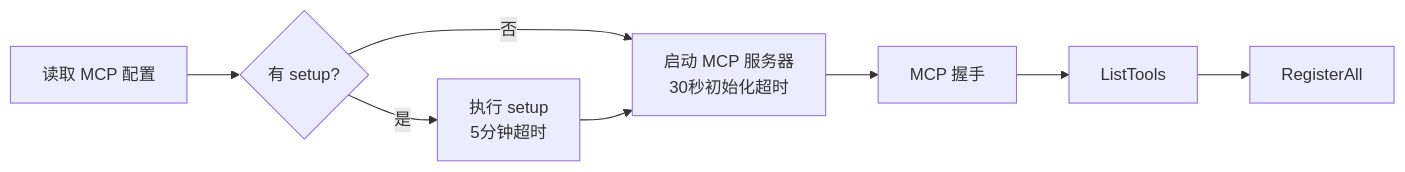
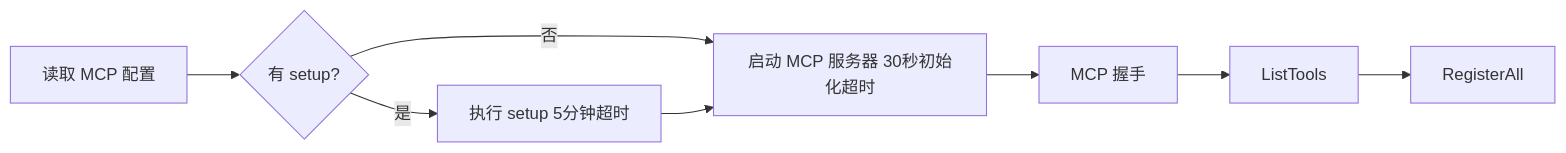
Before and after one commit to awesome-flexloop/awesome-okf: the seventh of 9 diagrams in doc/bundles/jishu/ai/products/open-code-review/concepts/03-tools-mcp.md, drawn with Mermaid. The commit also changed other lines of this file and 10 other files, not shown here.

First line of the commit message:
docs(bundle): 清偿 Open Code Review 存量 Mermaid 违规避免规范漂移累积

````diff
--- a/doc/bundles/jishu/ai/products/open-code-review/concepts/03-tools-mcp.md
+++ b/doc/bundles/jishu/ai/products/open-code-review/concepts/03-tools-mcp.md
@@ -806,10 +796,10 @@
 ```mermaid
 flowchart LR
     Config["读取 MCP 配置"] --> Check1{"有 setup?"}
-    Check1 -->|"是"| Setup["执行 setup<br/>5分钟超时"]
+    Check1 -->|"是"| Setup["执行 setup 5分钟超时"]
     Check1 -->|"否"| Start
-    Setup --> Start["启动 MCP 服务器<br/>30秒初始化超时"]
+    Setup --> Start["启动 MCP 服务器 30秒初始化超时"]
     Start --> Handshake["MCP 握手"]
     Handshake --> List["ListTools"]
     List --> Register["RegisterAll"]
 ```
````
